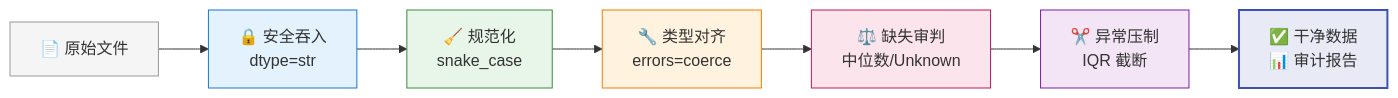
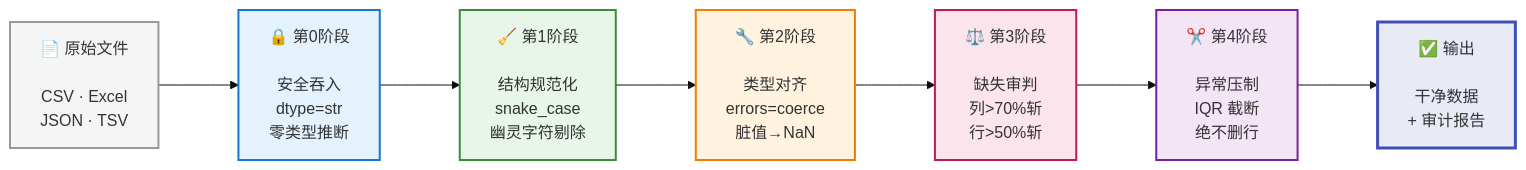
Before and after one commit to lytssaa/data-cleaning-skill: the diagram in README.md, drawn with Mermaid.

Commit message:
docs: 管道图放大节点 + 加粗边框增强可读性

````diff
--- a/README.md
+++ b/README.md
@@ -100,17 +100,18 @@
 ```mermaid
+%%{init: {'theme': 'base', 'flowchart': {'nodeSpacing': 60, 'rankSpacing': 80}}}%%
 flowchart LR
-    A["📄 原始文件"] --> B["🔒 安全吞入<br/>dtype=str"]
-    B --> C["🧹 规范化<br/>snake_case"]
-    C --> D["🔧 类型对齐<br/>errors=coerce"]
-    D --> E["⚖️ 缺失审判<br/>中位数/Unknown"]
-    E --> F["✂️ 异常压制<br/>IQR 截断"]
-    F --> G["✅ 干净数据<br/>📊 审计报告"]
+    A["📄 原始文件<br/><br/>CSV · Excel<br/>JSON · TSV"] --> B["🔒 第0阶段<br/><br/>安全吞入<br/>dtype=str<br/>零类型推断"]
+    B --> C["🧹 第1阶段<br/><br/>结构规范化<br/>snake_case<br/>幽灵字符剔除"]
+    C --> D["🔧 第2阶段<br/><br/>类型对齐<br/>errors=coerce<br/>脏值→NaN"]
+    D --> E["⚖️ 第3阶段<br/><br/>缺失审判<br/>列>70%斩<br/>行>50%斩"]
+    E --> F["✂️ 第4阶段<br/><br/>异常压制<br/>IQR 截断<br/>绝不删行"]
+    F --> G["✅ 输出<br/><br/>干净数据<br/>+ 审计报告"]
 
-    style A fill:#f5f5f5,stroke:#999
-    style B fill:#e3f2fd,stroke:#1976d2
-    style C fill:#e8f5e9,stroke:#388e3c
-    style D fill:#fff3e0,stroke:#f57c00
-    style E fill:#fce4ec,stroke:#c2185b
-    style F fill:#f3e5f5,stroke:#7b1fa2
-    style G fill:#e8eaf6,stroke:#3f51b5,stroke-width:2px
+    style A fill:#f5f5f5,stroke:#999,stroke-width:2px
+    style B fill:#e3f2fd,stroke:#1976d2,stroke-width:2px
+    style C fill:#e8f5e9,stroke:#388e3c,stroke-width:2px
+    style D fill:#fff3e0,stroke:#f57c00,stroke-width:2px
+    style E fill:#fce4ec,stroke:#c2185b,stroke-width:2px
+    style F fill:#f3e5f5,stroke:#7b1fa2,stroke-width:2px
+    style G fill:#e8eaf6,stroke:#3f51b5,stroke-width:3px
 ```
````
